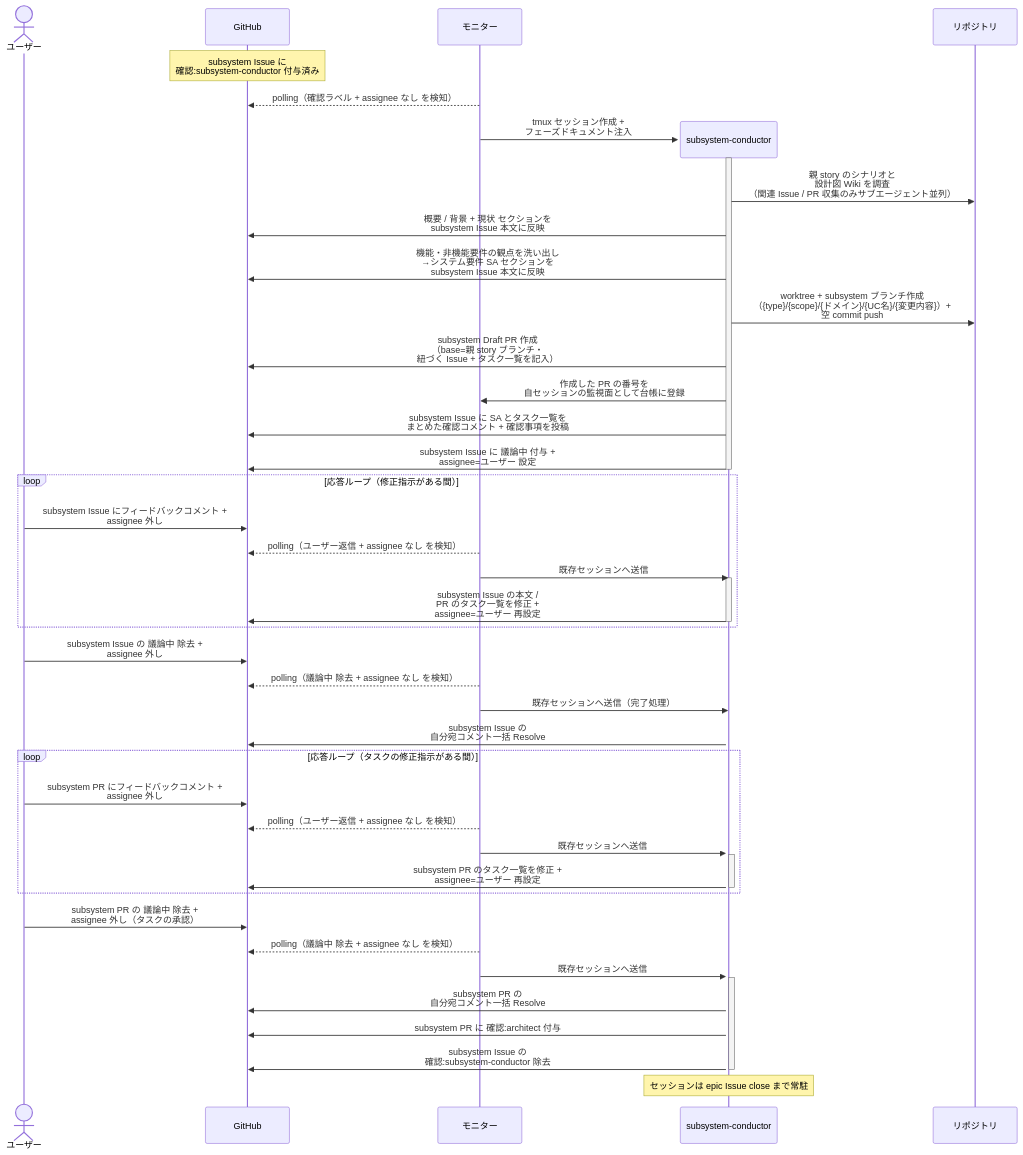
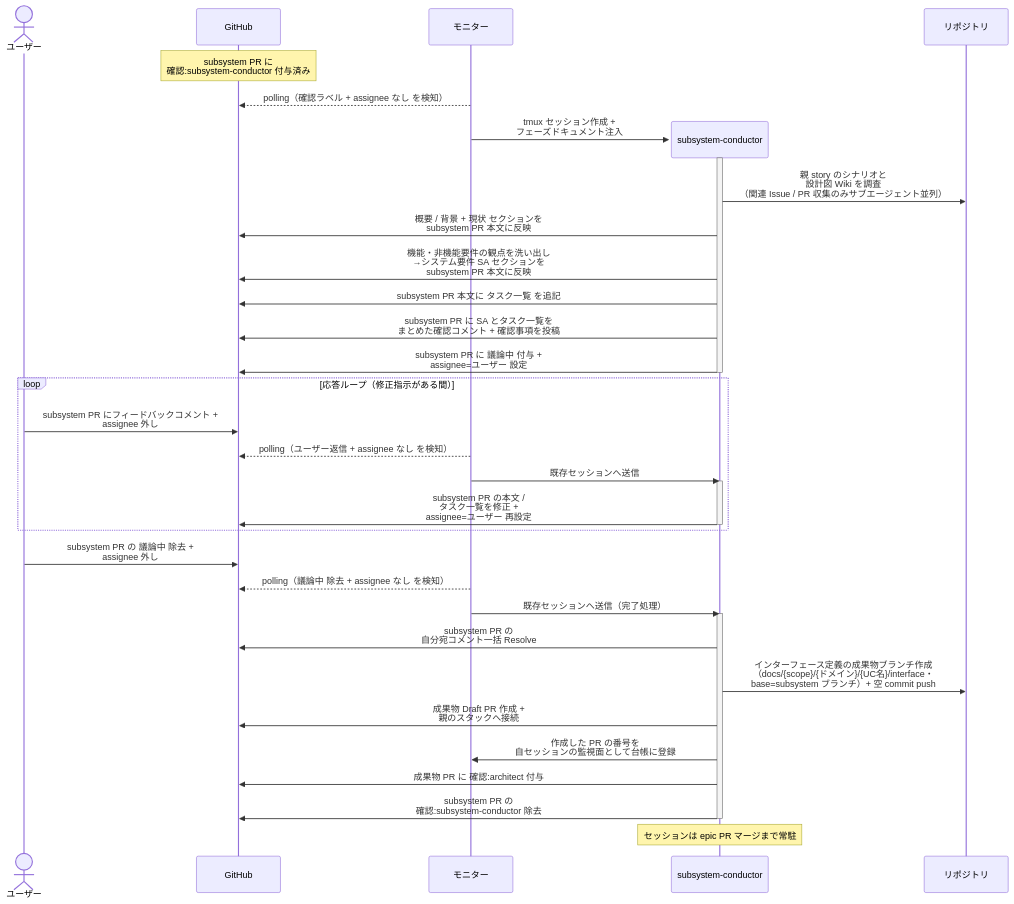
Before and after one commit to shuhei1101/ai-monitor: the first of 3 diagrams in docs/wiki/設計図/シナリオ/単一ユースケース/subsystem要件確定.md, drawn with Mermaid. The commit also changed other lines of this file and 256 other files, not shown here.

````diff
--- a/docs/wiki/設計図/シナリオ/単一ユースケース/subsystem要件確定.md
+++ b/docs/wiki/設計図/シナリオ/単一ユースケース/subsystem要件確定.md
@@ -26,56 +26,42 @@
 ```mermaid
 sequenceDiagram
   actor U as ユーザー
   participant GH as GitHub
   participant ORC as モニター
 
-  Note over GH: subsystem Issue に<br>確認:subsystem-conductor 付与済み
+  Note over GH: subsystem PR に<br>確認:subsystem-conductor 付与済み
   ORC-->>GH: polling（確認ラベル + assignee なし を検知）
   create participant MON as subsystem-conductor
   ORC->>MON: tmux セッション作成 +<br>フェーズドキュメント注入
   participant REPO as リポジトリ
   activate MON
   MON->>REPO: 親 story のシナリオと<br>設計図 Wiki を調査<br>（関連 Issue / PR 収集のみサブエージェント並列）
-  MON->>GH: 概要 / 背景 + 現状 セクションを<br>subsystem Issue 本文に反映
-  MON->>GH: 機能・非機能要件の観点を洗い出し<br>→システム要件 SA セクションを<br>subsystem Issue 本文に反映
-  MON->>REPO: worktree + subsystem ブランチ作成<br>（{type}/{scope}/{ドメイン}/{UC名}/{変更内容}）+<br>空 commit push
-  MON->>GH: subsystem Draft PR 作成<br>（base=親 story ブランチ・<br>紐づく Issue + タスク一覧を記入）
-  MON->>ORC: 作成した PR の番号を<br>自セッションの監視面として台帳に登録
-  MON->>GH: subsystem Issue に SA とタスク一覧を<br>まとめた確認コメント + 確認事項を投稿
-  MON->>GH: subsystem Issue に 議論中 付与 +<br>assignee=ユーザー 設定
+  MON->>GH: 概要 / 背景 + 現状 セクションを<br>subsystem PR 本文に反映
+  MON->>GH: 機能・非機能要件の観点を洗い出し<br>→システム要件 SA セクションを<br>subsystem PR 本文に反映
+  MON->>GH: subsystem PR 本文に タスク一覧 を追記
+  MON->>GH: subsystem PR に SA とタスク一覧を<br>まとめた確認コメント + 確認事項を投稿
+  MON->>GH: subsystem PR に 議論中 付与 +<br>assignee=ユーザー 設定
   deactivate MON
 
   loop 応答ループ（修正指示がある間）
-    U->>GH: subsystem Issue にフィードバックコメント +<br>assignee 外し
-    ORC-->>GH: polling（ユーザー返信 + assignee なし を検知）
-    ORC->>MON: 既存セッションへ送信
-    activate MON
-    MON->>GH: subsystem Issue の本文 /<br>PR のタスク一覧を修正 +<br>assignee=ユーザー 再設定
-    deactivate MON
-  end
-
-  U->>GH: subsystem Issue の 議論中 除去 +<br>assignee 外し
-  ORC-->>GH: polling（議論中 除去 + assignee なし を検知）
-  ORC->>MON: 既存セッションへ送信（完了処理）
-  activate MON
-  MON->>GH: subsystem Issue の<br>自分宛コメント一括 Resolve
-
-  loop 応答ループ（タスクの修正指示がある間）
     U->>GH: subsystem PR にフィードバックコメント +<br>assignee 外し
     ORC-->>GH: polling（ユーザー返信 + assignee なし を検知）
     ORC->>MON: 既存セッションへ送信
     activate MON
-    MON->>GH: subsystem PR のタスク一覧を修正 +<br>assignee=ユーザー 再設定
+    MON->>GH: subsystem PR の本文 /<br>タスク一覧を修正 +<br>assignee=ユーザー 再設定
     deactivate MON
   end
 
-  U->>GH: subsystem PR の 議論中 除去 +<br>assignee 外し（タスクの承認）
+  U->>GH: subsystem PR の 議論中 除去 +<br>assignee 外し
   ORC-->>GH: polling（議論中 除去 + assignee なし を検知）
-  ORC->>MON: 既存セッションへ送信
+  ORC->>MON: 既存セッションへ送信（完了処理）
   activate MON
   MON->>GH: subsystem PR の<br>自分宛コメント一括 Resolve
-  MON->>GH: subsystem PR に 確認:architect 付与
-  MON->>GH: subsystem Issue の<br>確認:subsystem-conductor 除去
+  MON->>REPO: インターフェース定義の成果物ブランチ作成<br>（docs/{scope}/{ドメイン}/{UC名}/interface・<br>base=subsystem ブランチ）+ 空 commit push
+  MON->>GH: 成果物 Draft PR 作成 +<br>親のスタックへ接続
+  MON->>ORC: 作成した PR の番号を<br>自セッションの監視面として台帳に登録
+  MON->>GH: 成果物 PR に 確認:architect 付与
+  MON->>GH: subsystem PR の<br>確認:subsystem-conductor 除去
   deactivate MON
-  Note over MON: セッションは epic Issue close まで常駐
+  Note over MON: セッションは epic PR マージまで常駐
 ```
````
